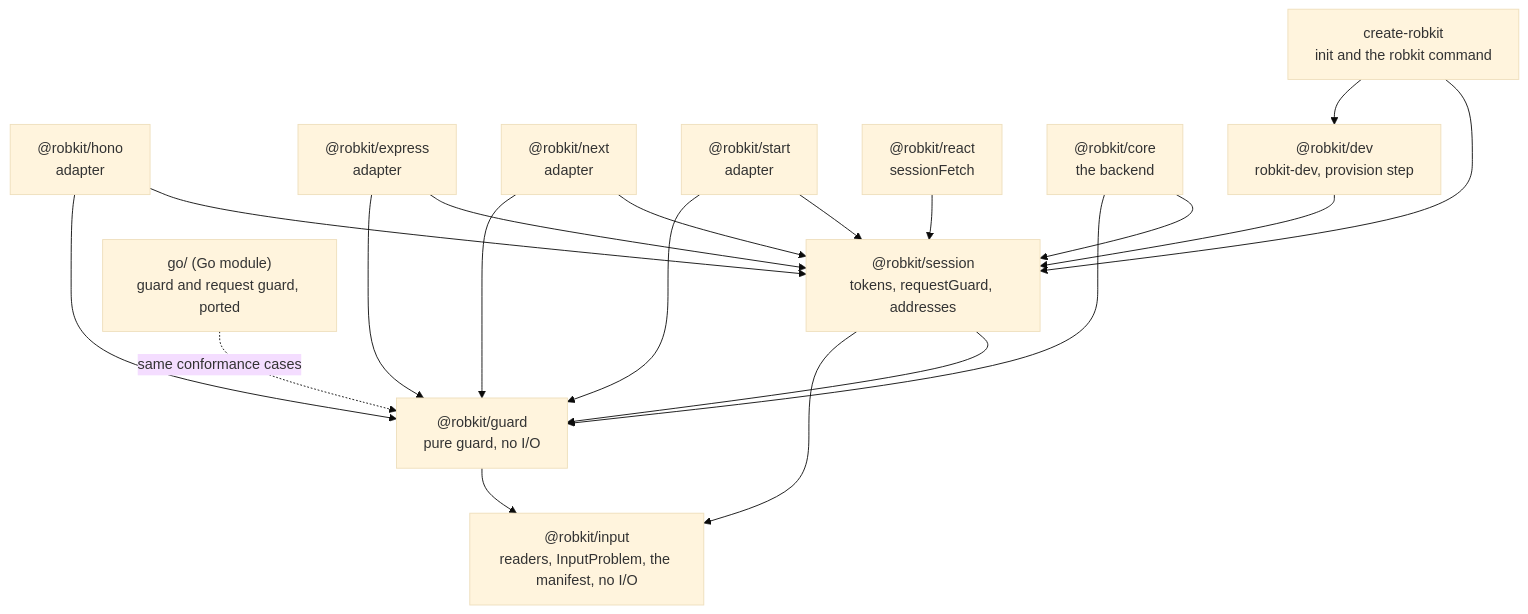
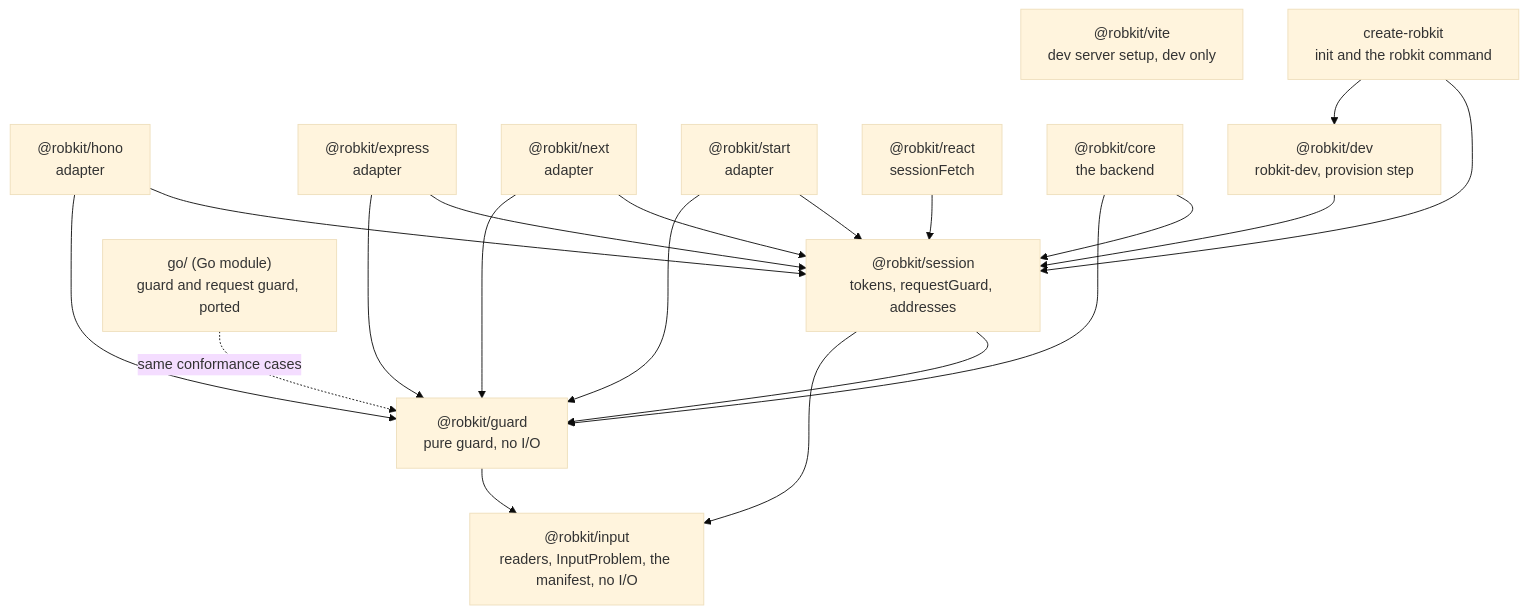
The fourth of 5 diagrams in docs/architecture.md (RobertScholey98/robkit), drawn with Mermaid (base theme) before and after one commit. The commit also changed other lines of this file and 3 other files, not shown here.

````diff
--- a/docs/architecture.md
+++ b/docs/architecture.md
@@ -126,34 +126,35 @@
 ```mermaid
 flowchart TD
   input["@robkit/input<br/>readers, InputProblem, the manifest, no I/O"]
   guard["@robkit/guard<br/>pure guard, no I/O"]
   session["@robkit/session<br/>tokens, requestGuard, addresses"]
   hono["@robkit/hono<br/>adapter"]
   express["@robkit/express<br/>adapter"]
   next["@robkit/next<br/>adapter"]
   start["@robkit/start<br/>adapter"]
   react["@robkit/react<br/>sessionFetch"]
   gomodule["go/ (Go module)<br/>guard and request guard, ported"]
   core["@robkit/core<br/>the backend"]
   dev["@robkit/dev<br/>robkit-dev, provision step"]
+  vite["@robkit/vite<br/>dev server setup, dev only"]
   create["create-robkit<br/>init and the robkit command"]
 
   guard --> input
   session --> guard
   session --> input
   hono --> session
   hono --> guard
   express --> session
   express --> guard
   next --> session
   next --> guard
   start --> session
   start --> guard
   react --> session
   gomodule -. same conformance cases .-> guard
   core --> session
   core --> guard
   dev --> session
   create --> session
   create --> dev
 ```
````
